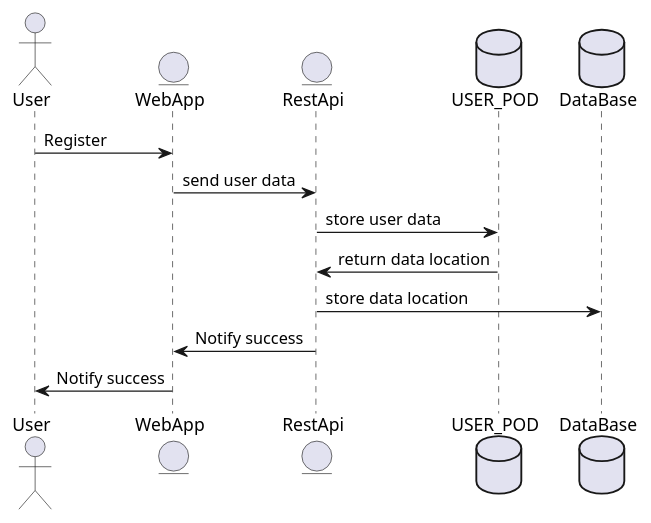
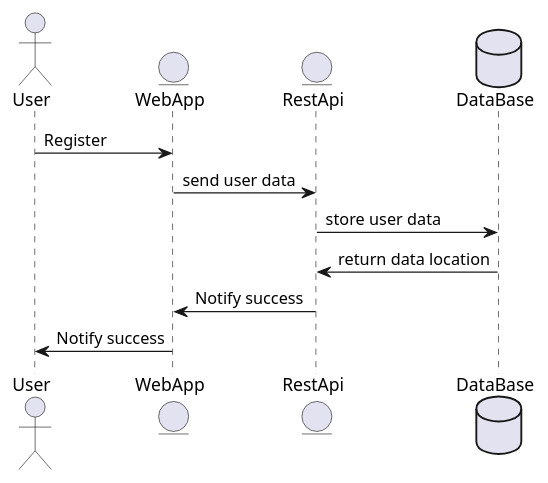
One commit to Arquisoft/dede_es3c changed the first of 10 diagrams in docs/06_runtime_view.adoc. Above: the diagram before and after it, drawn with PlantUML. The commit also changed other lines of this file, not shown here.

```diff
--- a/docs/06_runtime_view.adoc
+++ b/docs/06_runtime_view.adoc
@@ -5,17 +5,15 @@
 [plantuml,"RegisterUser",png]
 ----
 @startuml
 actor User
 entity WebApp
 entity RestApi
-database USER_POD
 database DataBase
 User-> WebApp : Register
 WebApp-> RestApi : send user data
-RestApi -> USER_POD : store user data
-USER_POD -> RestApi : return data location
-RestApi -> DataBase: store data location
+RestApi -> DataBase : store user data
+DataBase -> RestApi : return data location
 RestApi -> WebApp: Notify success
 WebApp-> User: Notify success
 @enduml
 ----
```
